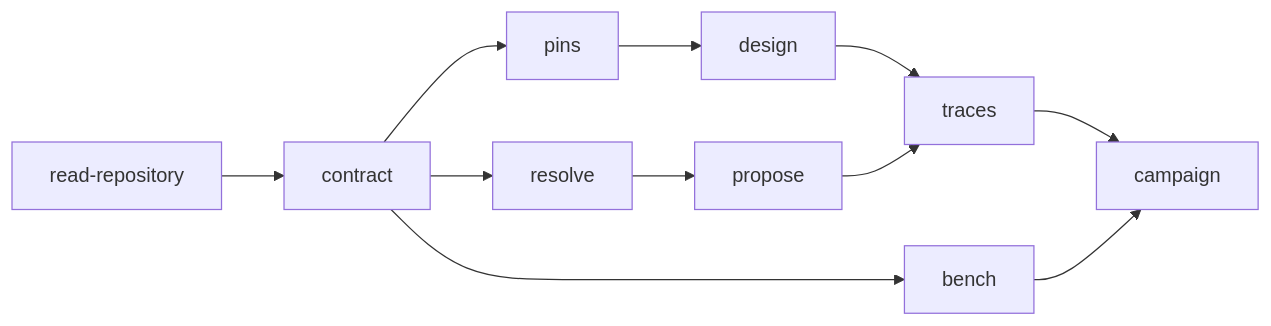
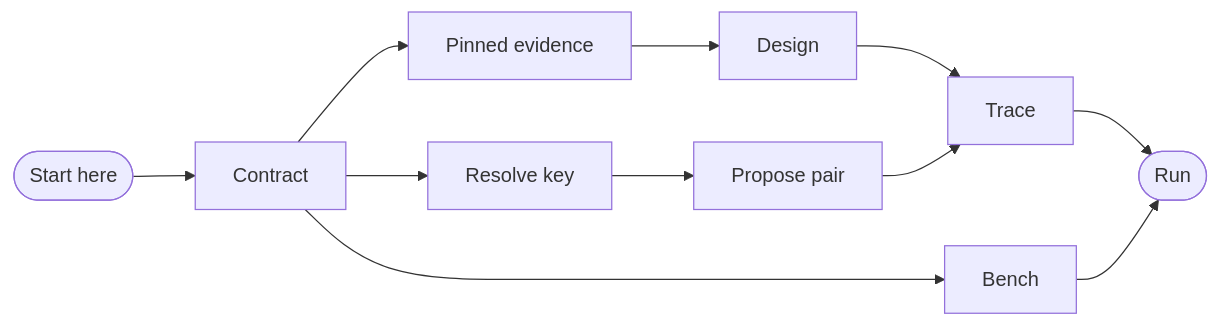
Before and after one commit to wetware-hq/catalog: the diagram in docs/read-repository.md, drawn with Mermaid. The commit also changed other lines of this file and 10 other files, not shown here.

````diff
--- a/docs/read-repository.md
+++ b/docs/read-repository.md
@@ -21,7 +22,7 @@
 ```mermaid
 flowchart LR
-    R["read-repository"] --> C["contract"]
-    C --> P["pins"] --> D["design"] --> T["traces"] --> X["campaign"]
-    C --> K["resolve"] --> I["propose"] --> T
-    C --> B["bench"] --> X
+    R(["Start here"]) --> C["Contract"]
+    C --> P["Pinned evidence"] --> D["Design"] --> T["Trace"] --> X(["Run"])
+    C --> K["Resolve key"] --> I["Propose pair"] --> T
+    C --> B["Bench"] --> X
 ```
````
